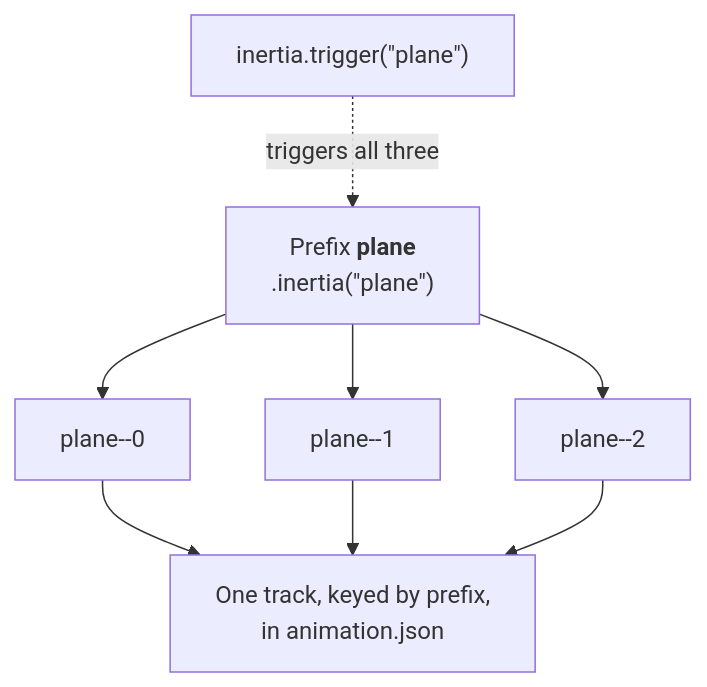
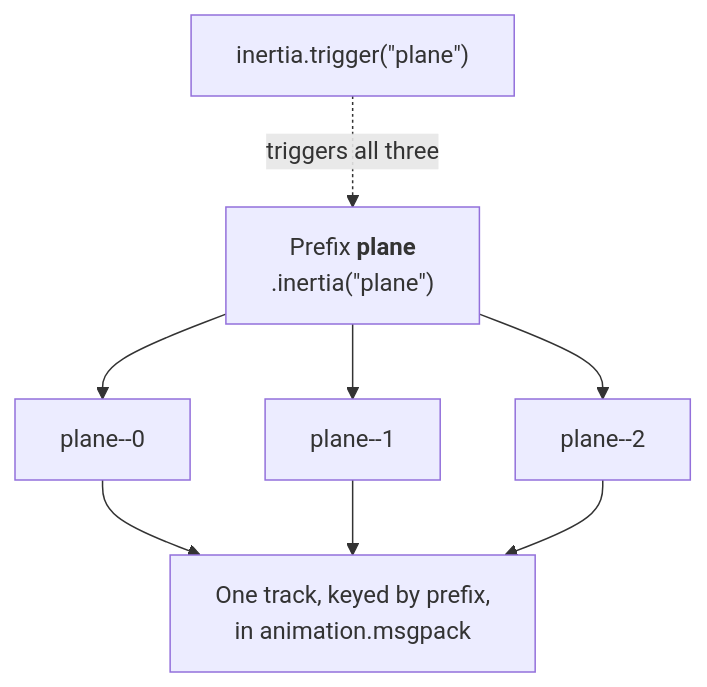
Before and after one commit to hpennington/Inertia: the diagram in user_guides/diagrams/id-instances.mmd, drawn with Mermaid. The commit also changed 40 other files, not shown here.

```diff
--- a/user_guides/diagrams/id-instances.mmd
+++ b/user_guides/diagrams/id-instances.mmd
@@ -1,9 +1,9 @@
 flowchart TD
     TR["inertia.trigger(#quot;plane#quot;)"] -.->|"triggers all three"| P
     P["Prefix <b>plane</b><br/>.inertia(#quot;plane#quot;)"]
     P --> I0["plane--0"]
     P --> I1["plane--1"]
     P --> I2["plane--2"]
-    I0 --> T["One track, keyed by prefix,<br/>in animation.json"]
+    I0 --> T["One track, keyed by prefix,<br/>in animation.msgpack"]
     I1 --> T
     I2 --> T
```
